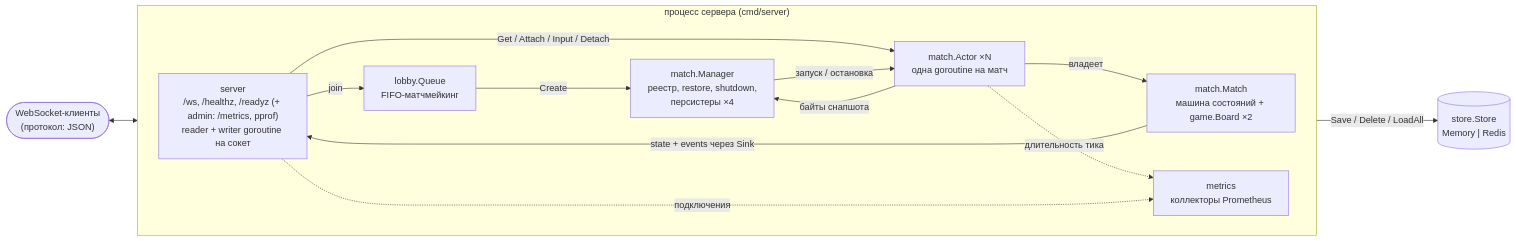
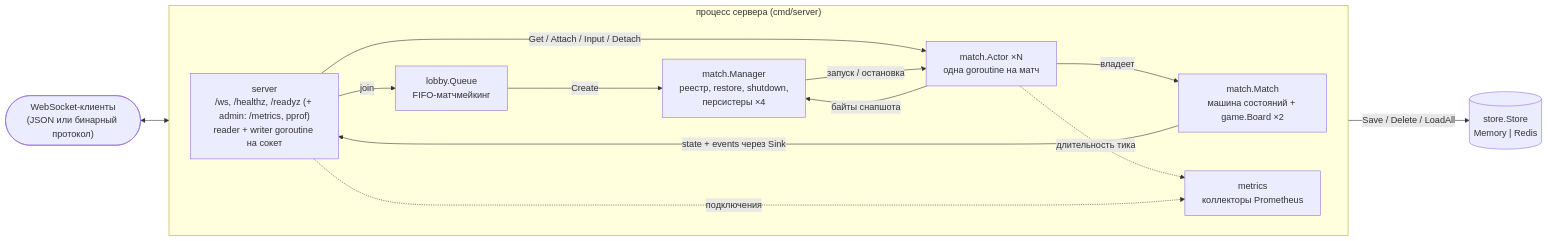
The first of 3 diagrams in docs/ARCHITECTURE.md (Gegirhasut/sabostack-go-server), drawn with Mermaid before and after one commit. The commit also changed other lines of this file and 6 other files, not shown here.

Commit message:
Docs: game rules, opt-in infrastructure, ARCHITECTURE describes the current state, raw load data index

````diff
--- a/docs/ARCHITECTURE.md
+++ b/docs/ARCHITECTURE.md
@@ -8,26 +8,26 @@
 ```mermaid
 flowchart LR
     subgraph proc["процесс сервера (cmd/server)"]
         direction LR
         srv["server<br/>/ws, /healthz, /readyz (+ admin: /metrics, pprof)<br/>reader + writer goroutine на сокет"]
         lobby["lobby.Queue<br/>FIFO-матчмейкинг"]
         mgr["match.Manager<br/>реестр, restore, shutdown,<br/>персистеры ×4"]
         actor["match.Actor ×N<br/>одна goroutine на матч"]
         core["match.Match<br/>машина состояний + game.Board ×2"]
         met["metrics<br/>коллекторы Prometheus"]
     end
     store[("store.Store<br/>Memory | Redis")]
-    client(["WebSocket-клиенты<br/>(протокол: JSON)"])
+    client(["WebSocket-клиенты<br/>(JSON или бинарный протокол)"])
 
     client <--> srv
     srv -- join --> lobby
     lobby -- Create --> mgr
     srv -- Get / Attach / Input / Detach --> actor
     mgr -- запуск / остановка --> actor
     actor -- владеет --> core
     core -- state + events через Sink --> srv
     actor -- байты снапшота --> mgr
     mgr -- Save / Delete / LoadAll --> store
     actor -. длительность тика .-> met
     srv -. подключения .-> met
 ```
````
